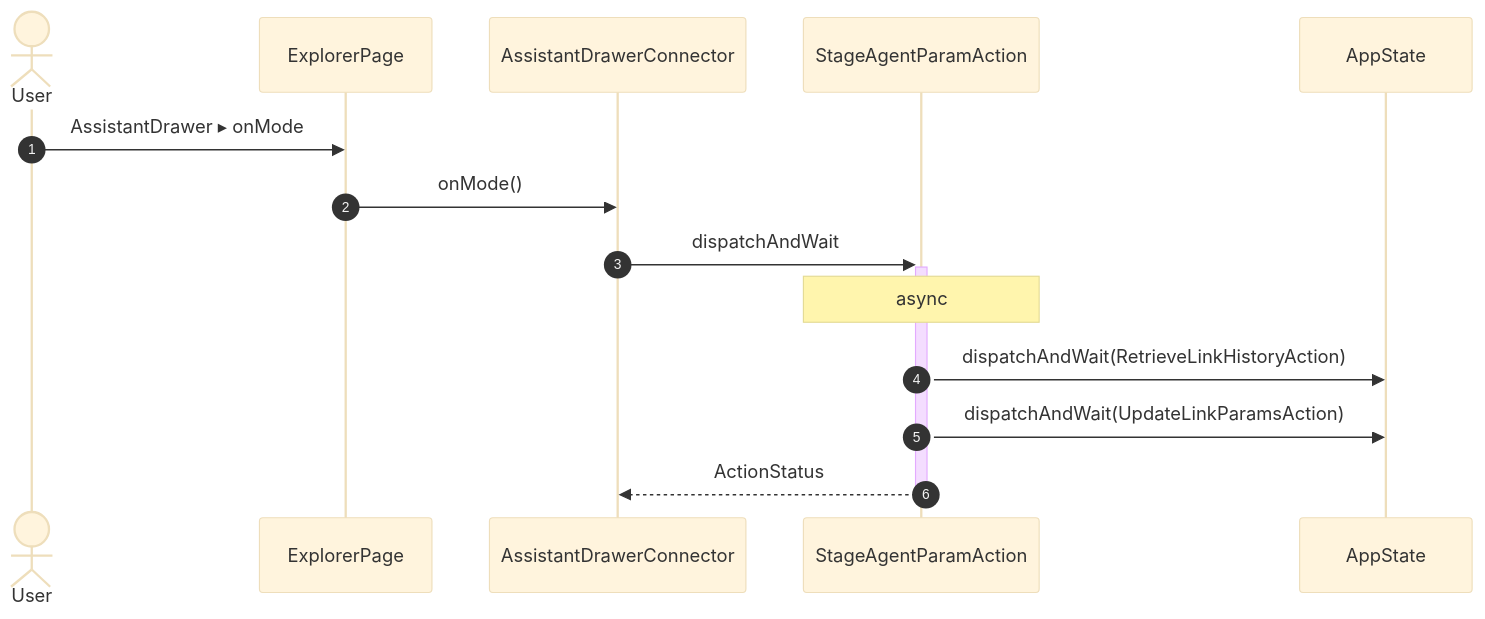
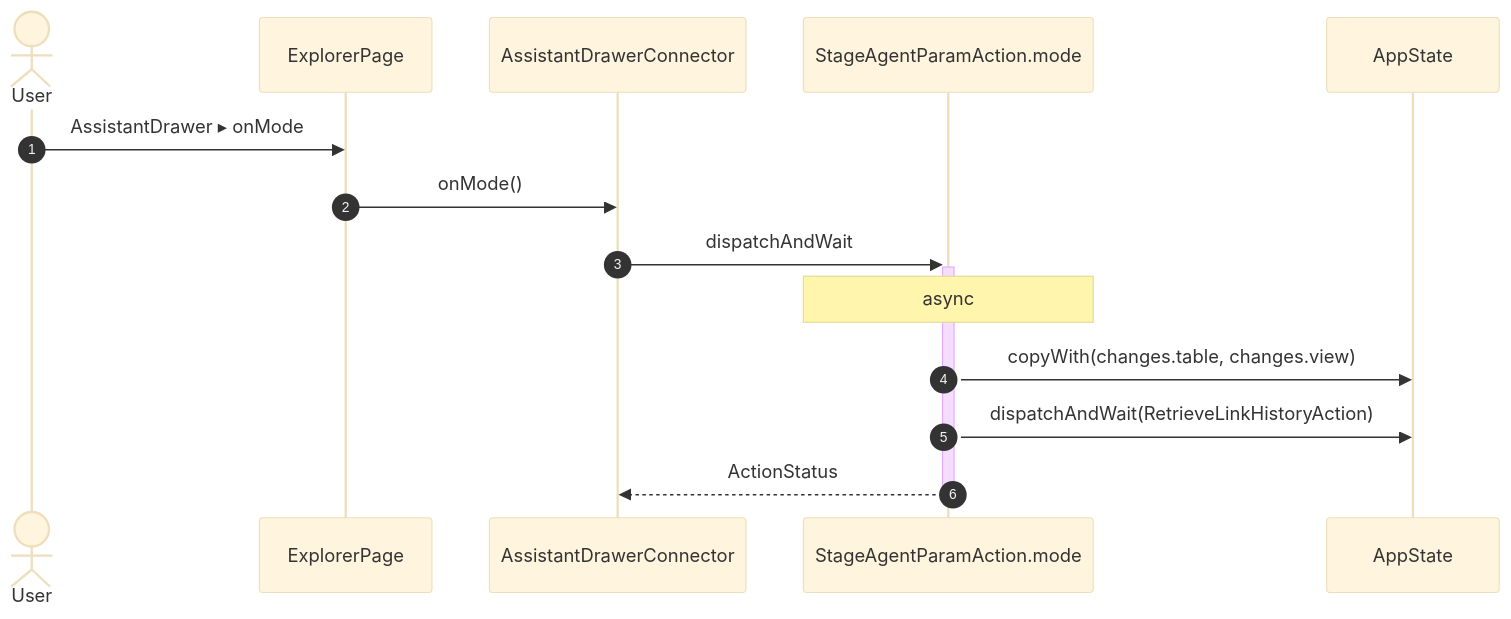
Diagram 39 of 56 in studio/docs/flows/explorer.md (gencto/wyrm), drawn with Mermaid (base theme) before and after one commit. The commit also changed other lines of this file and 26 other files, not shown here.

````diff
--- a/studio/docs/flows/explorer.md
+++ b/studio/docs/flows/explorer.md
@@ -746,17 +746,17 @@
 ```mermaid
 sequenceDiagram
     autonumber
     actor User
     participant UI as ExplorerPage
     participant R1 as AssistantDrawerConnector
-    participant A1 as StageAgentParamAction
+    participant A1 as StageAgentParamAction.mode
     participant ST as AppState
 
     User->>UI: AssistantDrawer ▸ onMode
     UI->>R1: onMode()
     R1->>+A1: dispatchAndWait
     Note over A1: async
+    A1->>ST: copyWith(changes.table, changes.view)
     A1->>ST: dispatchAndWait(RetrieveLinkHistoryAction)
-    A1->>ST: dispatchAndWait(UpdateLinkParamsAction)
     A1-->>-R1: ActionStatus
 ```
````
